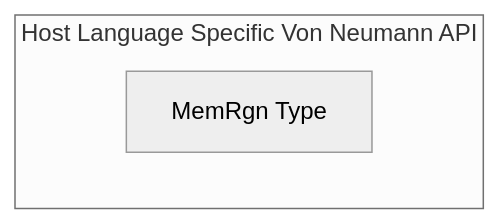
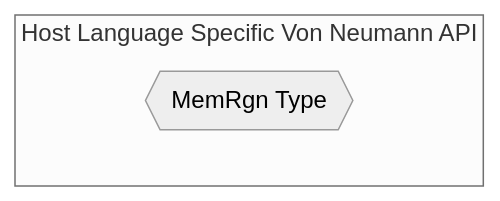
The eighth of 10 diagrams in README.md (Pebaz/tidbytes), drawn with Mermaid (neutral theme) before and after one commit. The commit also changed other lines of this file, not shown here.

Commit message:
More diagrams

````diff
--- a/README.md
+++ b/README.md
@@ -61,6 +128,6 @@
 ```mermaid
 graph LR;
     subgraph Host Language Specific Von Neumann API
-        rgn[MemRgn Type]
+        rgn{{MemRgn Type}}
     end
 ```
````
